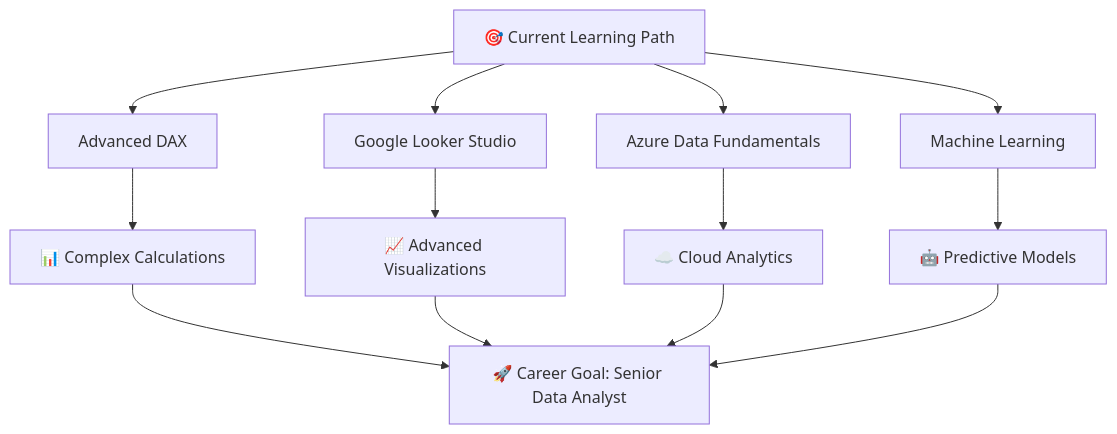
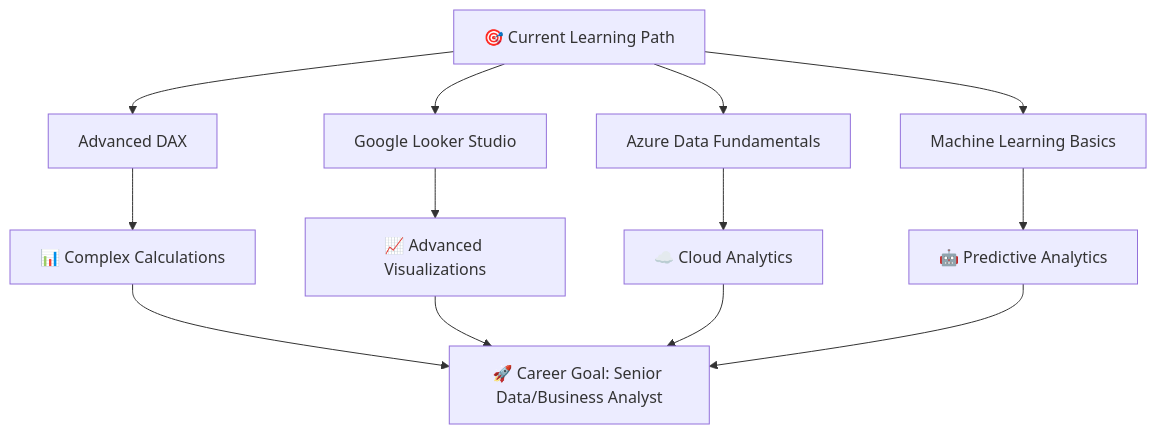
Before and after one commit to PRAVEEN5432114/PRAVEEN5432114: the diagram in README.md, drawn with Mermaid. The commit also changed other lines of this file, not shown here.

````diff
--- a/README.md
+++ b/README.md
@@ -123,17 +131,17 @@
 ```mermaid
 graph TD
     A[🎯 Current Learning Path] --> B[Advanced DAX]
     A --> C[Google Looker Studio]
     A --> D[Azure Data Fundamentals]
-    A --> E[Machine Learning]
+    A --> E[Machine Learning Basics]
     
     B --> F[📊 Complex Calculations]
     C --> G[📈 Advanced Visualizations]
     D --> H[☁️ Cloud Analytics]
-    E --> I[🤖 Predictive Models]
+    E --> I[🤖 Predictive Analytics]
     
-    F --> J[🚀 Career Goal: Senior Data Analyst]
+    F --> J[🚀 Career Goal: Senior Data/Business Analyst]
     G --> J
     H --> J
     I --> J
 ```
````
